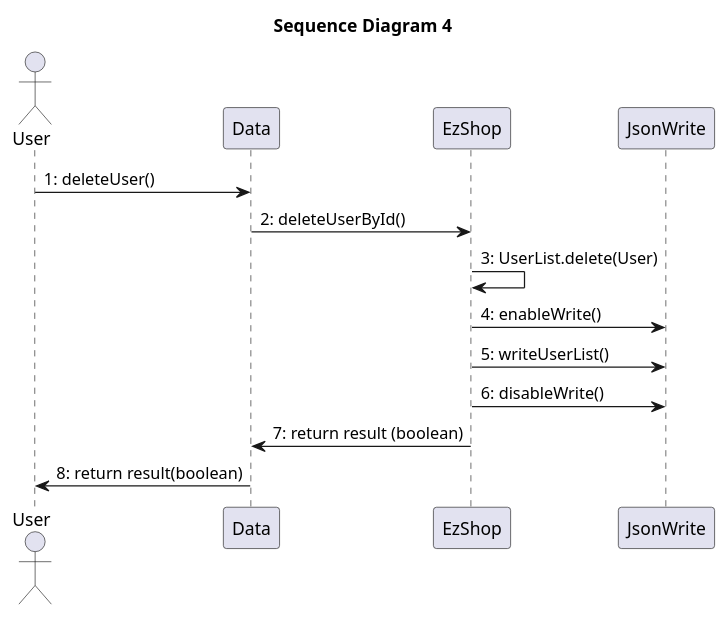
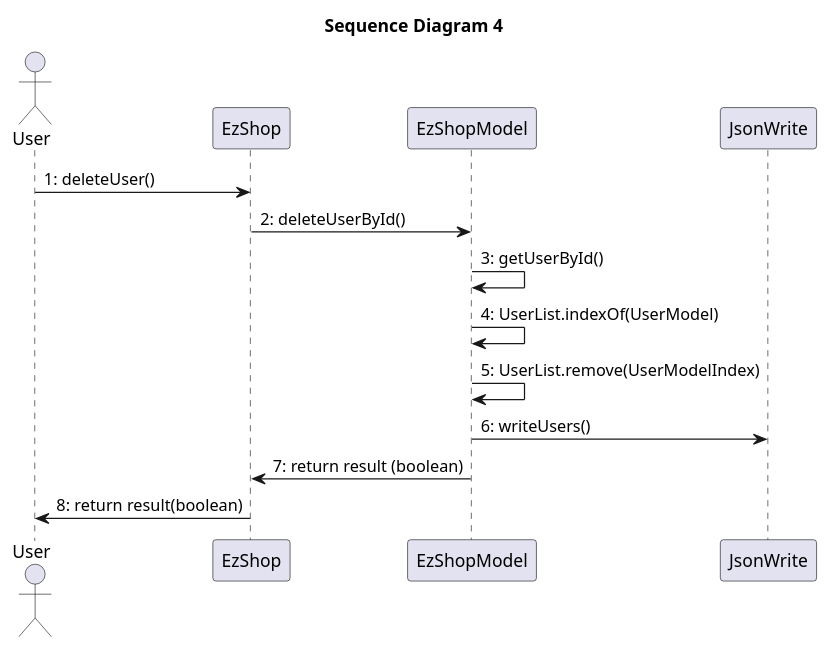
Before and after one commit to paolotron/EzshoProject31: the sixth of 15 diagrams in Deliverables/DesignDocument.md, drawn with PlantUML. The commit also changed other lines of this file, not shown here.

````diff
--- a/Deliverables/DesignDocument.md
+++ b/Deliverables/DesignDocument.md
@@ -428,18 +428,18 @@
 ``` plantuml
 @startuml
 title "Sequence Diagram 4"
 actor User as U1
-participant Data
 participant EzShop
+participant EzShopModel
 participant JsonWrite as JW
 
-U1->Data: 1: deleteUser()
-Data->EzShop: 2: deleteUserById()
-EzShop->EzShop: 3: UserList.delete(User)
-EzShop -> JW: 4: enableWrite()
-EzShop -> JW: 5: writeUserList()
-EzShop -> JW: 6: disableWrite()
-EzShop->Data: 7: return result (boolean)
-Data->U1: 8: return result(boolean)
+U1->EzShop: 1: deleteUser()
+EzShop->EzShopModel: 2: deleteUserById()
+EzShopModel->EzShopModel: 3: getUserById()
+EzShopModel->EzShopModel: 4: UserList.indexOf(UserModel)
+EzShopModel->EzShopModel: 5: UserList.remove(UserModelIndex)
+EzShopModel -> JW: 6: writeUsers()
+EzShopModel->EzShop: 7: return result (boolean)
+EzShop->U1: 8: return result(boolean)
 @enduml
 ```
````
